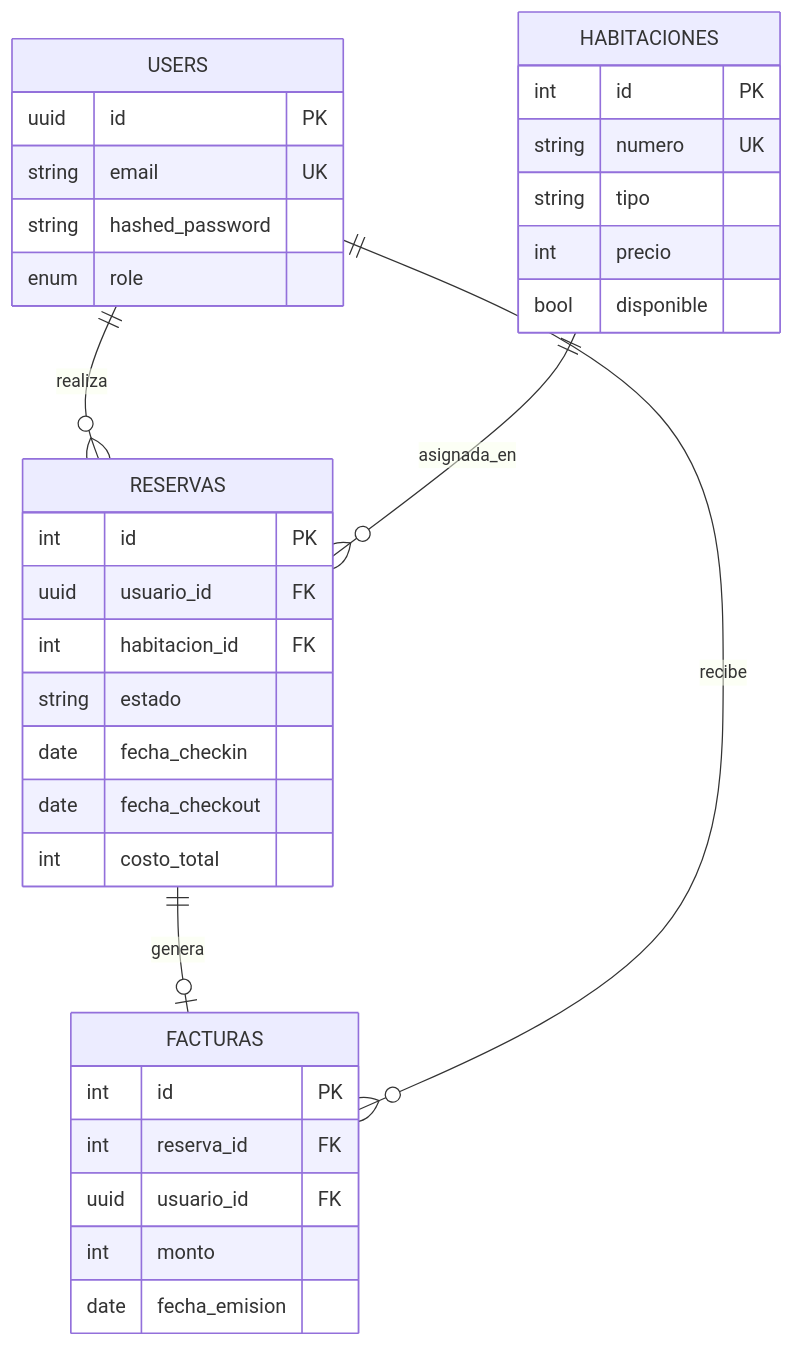
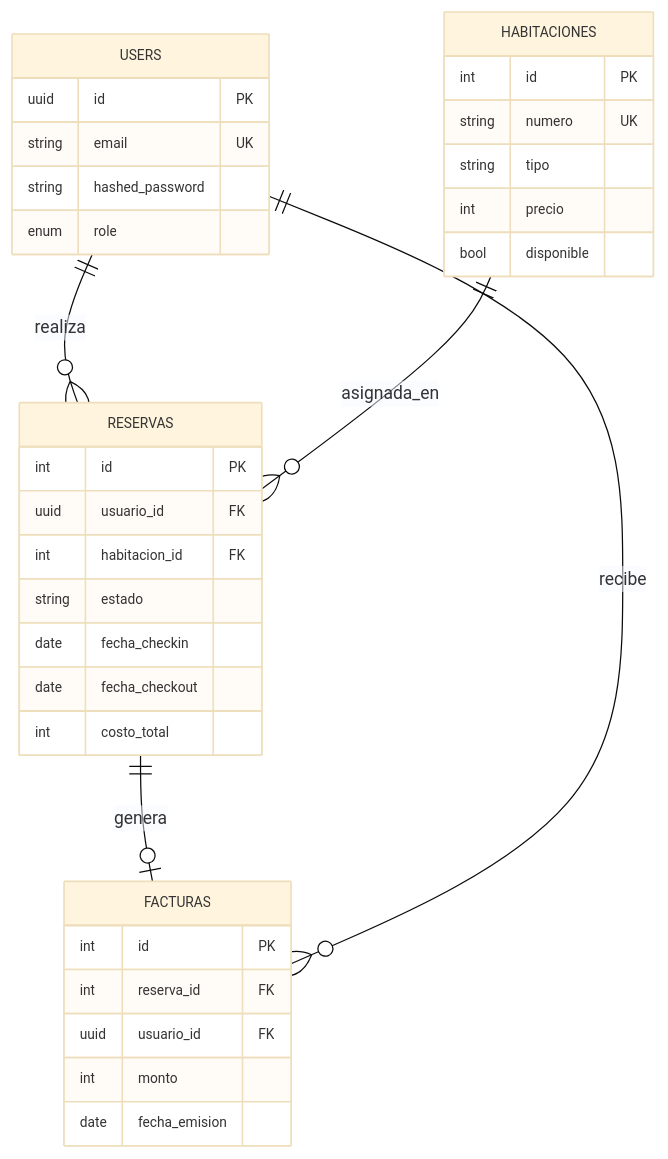
The third of 4 diagrams in INFORME.md (AndresEncalada/sistema-reserva-hoteles), drawn with Mermaid before and after one commit. The commit also changed other lines of this file, not shown here.

Commit message:
docs: compact diagrams for A4 export

````diff
--- a/INFORME.md
+++ b/INFORME.md
@@ -296,40 +298,41 @@
 ```mermaid
+%%{init: {"theme": "base", "themeVariables": {"fontSize": "11px"}}}%%
 erDiagram
     USERS ||--o{ RESERVAS : realiza
     HABITACIONES ||--o{ RESERVAS : asignada_en
     RESERVAS ||--o| FACTURAS : genera
     USERS ||--o{ FACTURAS : recibe
 
     USERS {
         uuid id PK
         string email UK
         string hashed_password
         enum role
     }
 
     HABITACIONES {
         int id PK
         string numero UK
         string tipo
         int precio
         bool disponible
     }
 
     RESERVAS {
         int id PK
         uuid usuario_id FK
         int habitacion_id FK
         string estado
         date fecha_checkin
         date fecha_checkout
         int costo_total
     }
 
     FACTURAS {
         int id PK
         int reserva_id FK
         uuid usuario_id FK
         int monto
         date fecha_emision
     }
 ```
````
